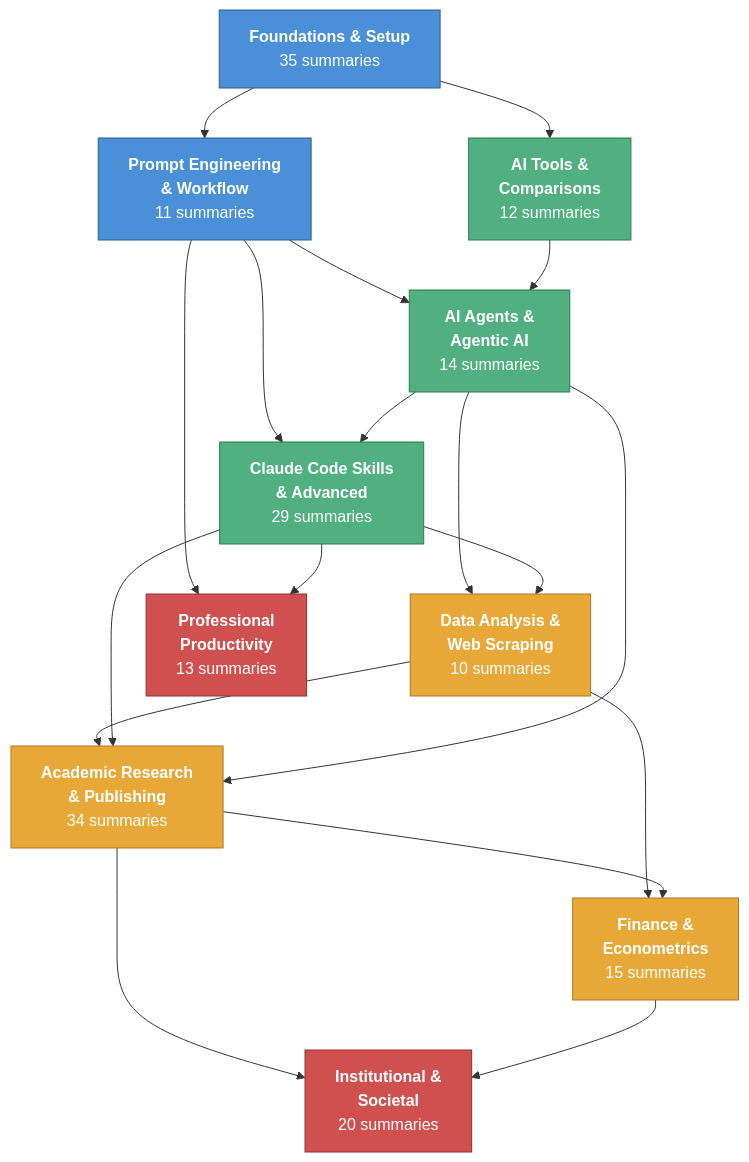
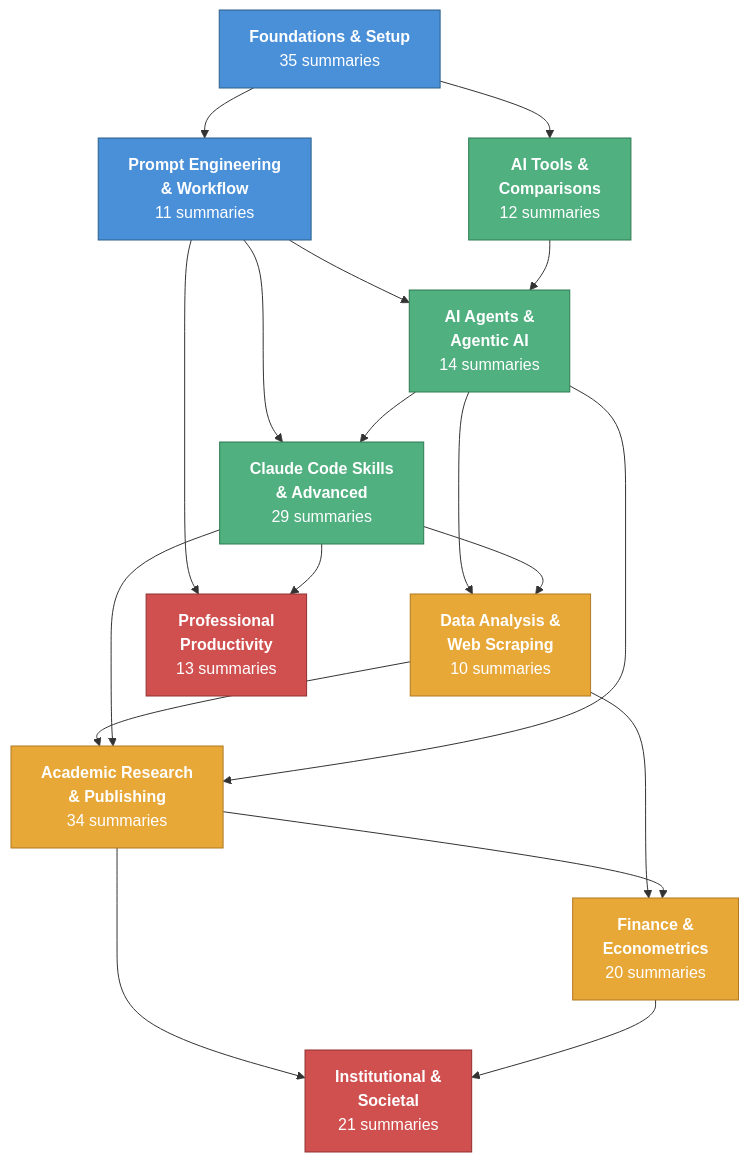
The diagram in wiki/visualizations/category-map.md (velikov-mihail/ai-econ-wiki), drawn with Mermaid before and after one commit. The commit also changed 2 other files, not shown here.

Commit message:
Refresh derived pages after ingest: category counts, category map, source timeline

````diff
--- a/wiki/visualizations/category-map.md
+++ b/wiki/visualizations/category-map.md
@@ -11,49 +11,49 @@
 ```mermaid
 graph TD
     FS["<b>Foundations & Setup</b><br/>35 summaries"]
     PE["<b>Prompt Engineering<br/>& Workflow</b><br/>11 summaries"]
     AG["<b>AI Agents &<br/>Agentic AI</b><br/>14 summaries"]
     CS["<b>Claude Code Skills<br/>& Advanced</b><br/>29 summaries"]
     DA["<b>Data Analysis &<br/>Web Scraping</b><br/>10 summaries"]
     AR["<b>Academic Research<br/>& Publishing</b><br/>34 summaries"]
-    FE["<b>Finance &<br/>Econometrics</b><br/>15 summaries"]
+    FE["<b>Finance &<br/>Econometrics</b><br/>20 summaries"]
     AT["<b>AI Tools &<br/>Comparisons</b><br/>12 summaries"]
-    IS["<b>Institutional &<br/>Societal</b><br/>20 summaries"]
+    IS["<b>Institutional &<br/>Societal</b><br/>21 summaries"]
     PP["<b>Professional<br/>Productivity</b><br/>13 summaries"]
 
     %% Foundational layer
     FS --> PE
     FS --> AT
     PE --> AG
     PE --> CS
 
     %% Technical layer
     AG --> CS
     AG --> DA
     CS --> DA
     AT --> AG
 
     %% Applied layer
     DA --> AR
     DA --> FE
     AR --> FE
     CS --> AR
     AG --> AR
 
     %% Productivity & big picture
     PE --> PP
     CS --> PP
     AR --> IS
     FE --> IS
 
     %% Styling
     classDef foundation fill:#4a90d9,stroke:#2c5f8a,color:#fff
     classDef technical fill:#50b080,stroke:#2d7a50,color:#fff
     classDef applied fill:#e8a838,stroke:#b07820,color:#fff
     classDef bigpicture fill:#d05050,stroke:#903030,color:#fff
 
     class FS,PE foundation
     class AG,CS,AT technical
     class DA,AR,FE applied
     class IS,PP bigpicture
 ```
````
